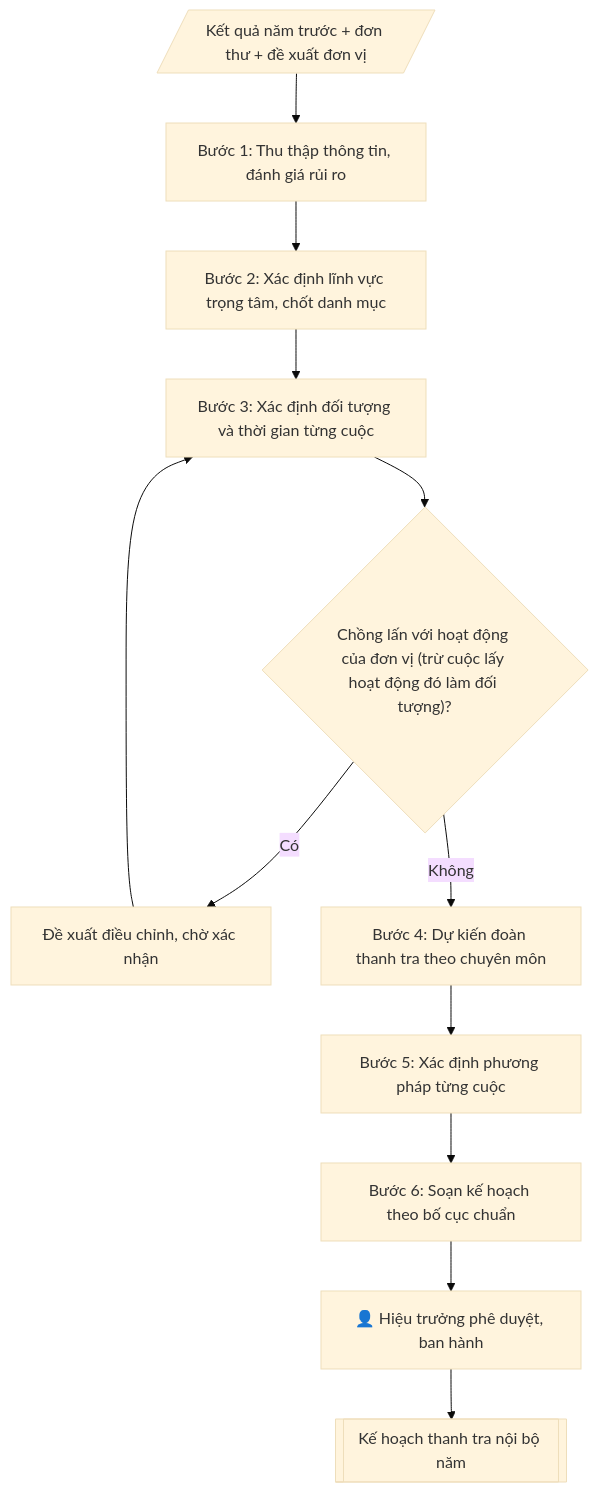
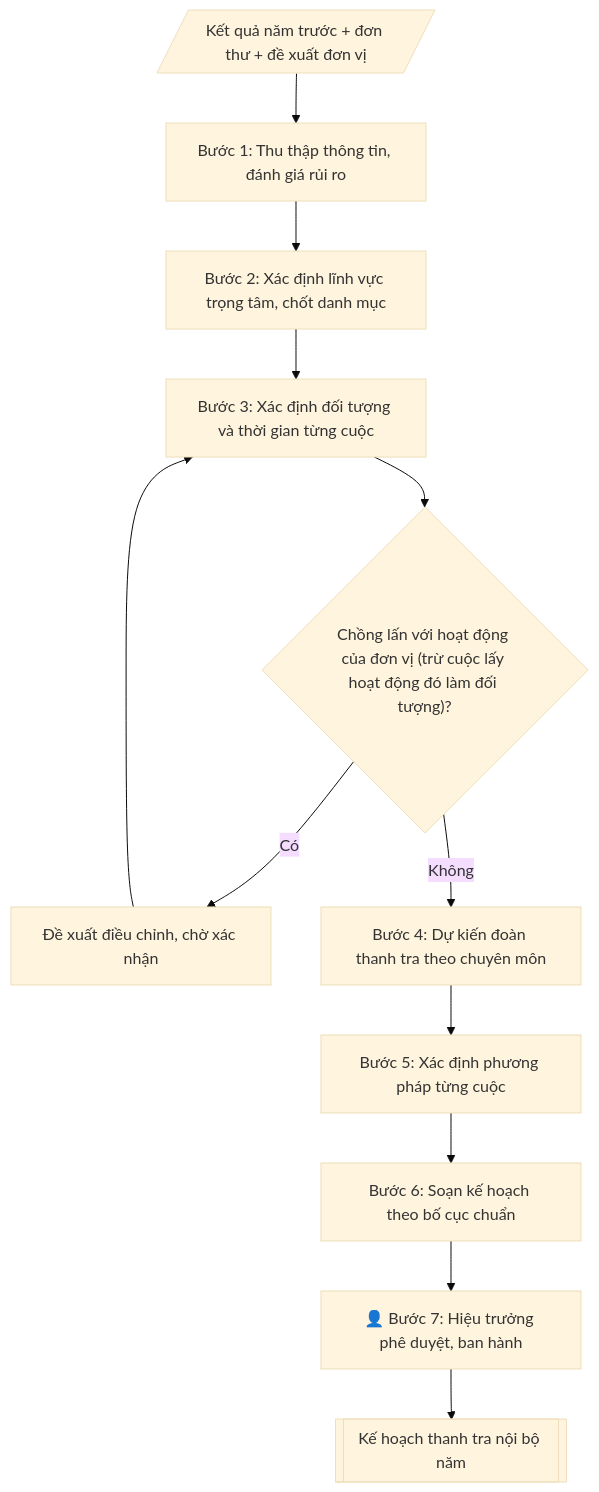
Before and after one commit to phamtruong91/dh-skills: the diagram in skills/ke-hoach-thanh-tra-nam/SKILL.md, drawn with Mermaid (base theme). The commit also changed 124 other files, not shown here.

````diff
--- a/skills/ke-hoach-thanh-tra-nam/SKILL.md
+++ b/skills/ke-hoach-thanh-tra-nam/SKILL.md
@@ -93,14 +93,14 @@
 ```mermaid
 flowchart TD
     A[/"Kết quả năm trước + đơn thư + đề xuất đơn vị"/] --> B["Bước 1: Thu thập thông tin, đánh giá rủi ro"]
     B --> C["Bước 2: Xác định lĩnh vực trọng tâm, chốt danh mục"]
     C --> D["Bước 3: Xác định đối tượng và thời gian từng cuộc"]
     D --> E{"Chồng lấn với hoạt động của đơn vị (trừ cuộc lấy hoạt động đó làm đối tượng)?"}
     E -->|Có| F["Đề xuất điều chỉnh, chờ xác nhận"]
     F --> D
     E -->|Không| G["Bước 4: Dự kiến đoàn thanh tra theo chuyên môn"]
     G --> H["Bước 5: Xác định phương pháp từng cuộc"]
     H --> I["Bước 6: Soạn kế hoạch theo bố cục chuẩn"]
-    I --> HG["👤 Hiệu trưởng phê duyệt, ban hành"]
+    I --> HG["👤 Bước 7: Hiệu trưởng phê duyệt, ban hành"]
     HG --> J[["Kế hoạch thanh tra nội bộ năm"]]
 ```
````
